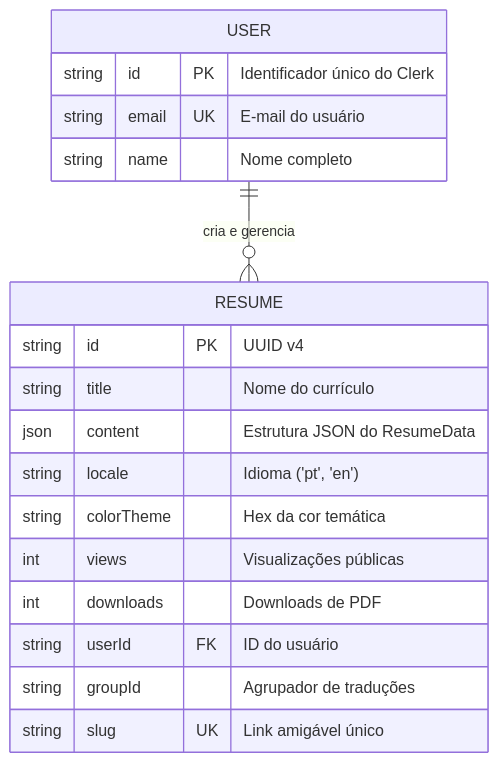
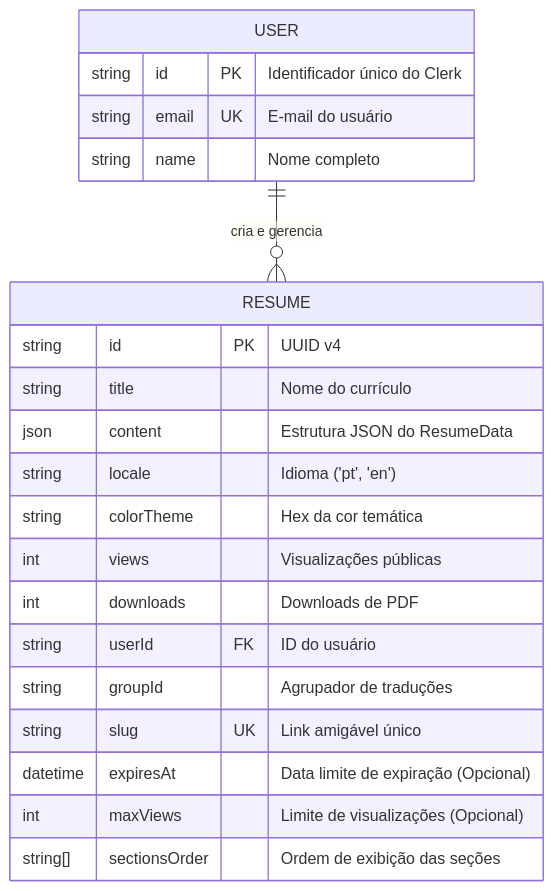
Before and after one commit to gui-bus/Lume: the third of 4 diagrams in README.md, drawn with Mermaid. The commit also changed other lines of this file and 6 other files, not shown here.

Commit message:
docs: update README logo, schema docs and add translations

````diff
--- a/README.md
+++ b/README.md
@@ -122,23 +122,26 @@
 ```mermaid
 erDiagram
     USER ||--o{ RESUME : "cria e gerencia"
 
     USER {
         string id PK "Identificador único do Clerk"
         string email UK "E-mail do usuário"
         string name "Nome completo"
     }
 
     RESUME {
         string id PK "UUID v4"
         string title "Nome do currículo"
         json content "Estrutura JSON do ResumeData"
         string locale "Idioma ('pt', 'en')"
         string colorTheme "Hex da cor temática"
         int views "Visualizações públicas"
         int downloads "Downloads de PDF"
         string userId FK "ID do usuário"
         string groupId "Agrupador de traduções"
         string slug UK "Link amigável único"
+        datetime expiresAt "Data limite de expiração (Opcional)"
+        int maxViews "Limite de visualizações (Opcional)"
+        string[] sectionsOrder "Ordem de exibição das seções"
     }
 ```
````
